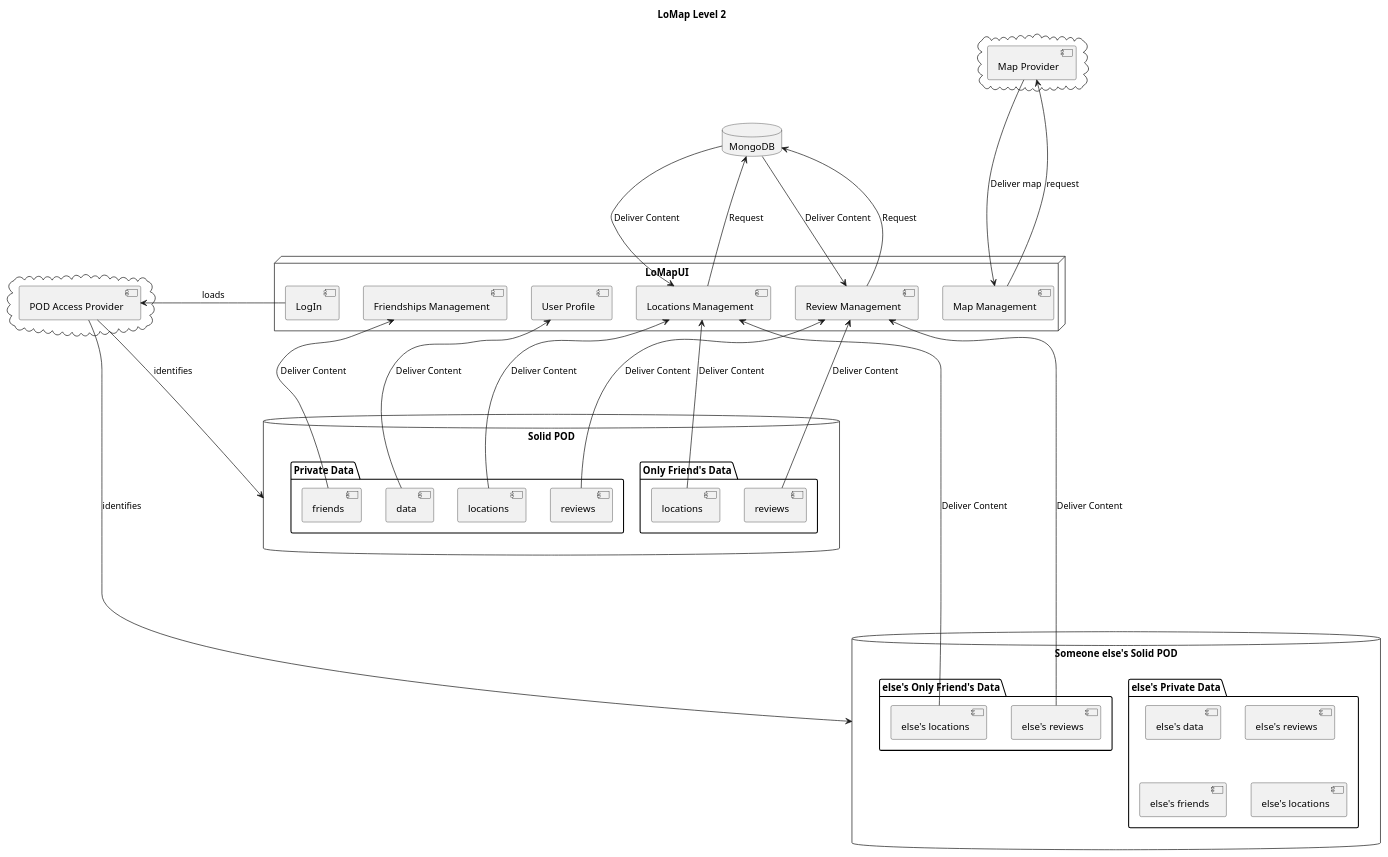
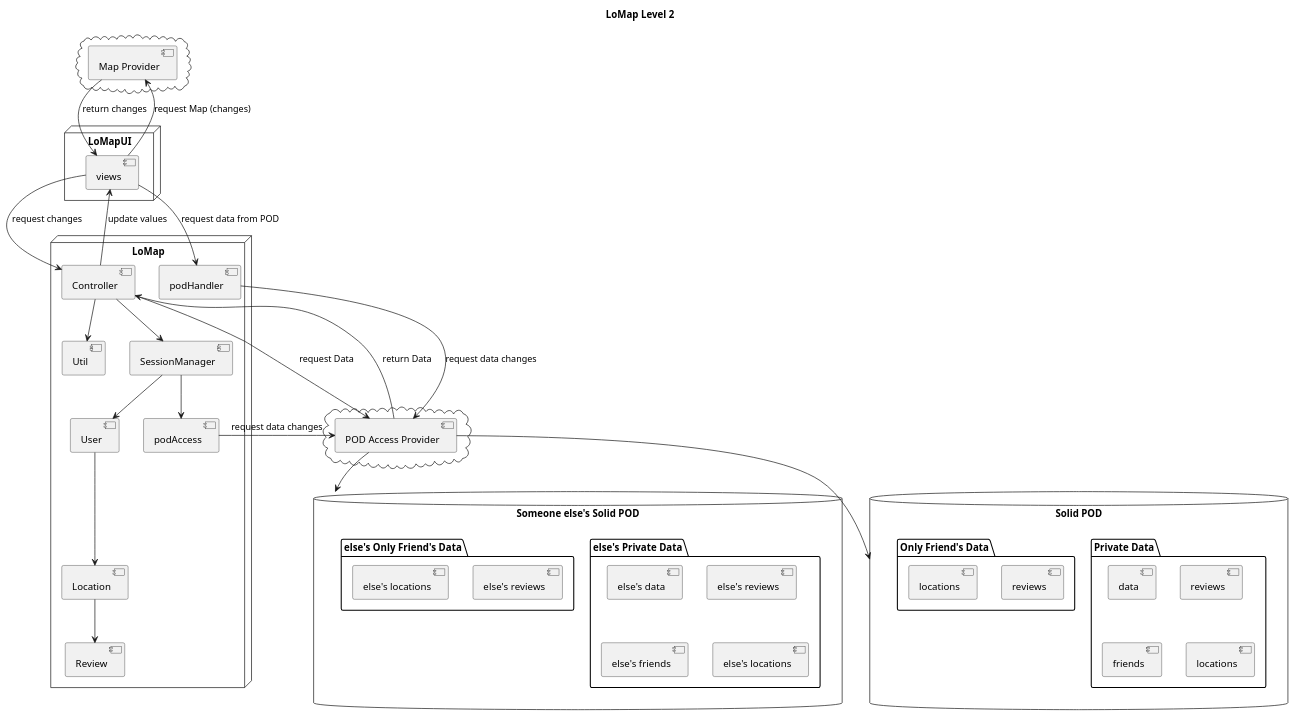
One commit to Arquisoft/lomap_en3b changed the second of 2 diagrams in docs/05_building_block_view.adoc. Above: the diagram before and after it, drawn with PlantUML. The commit also changed other lines of this file and 10 other files, not shown here.

```diff
--- a/docs/05_building_block_view.adoc
+++ b/docs/05_building_block_view.adoc
@@ -117,73 +117,77 @@
 [plantuml,"Level 2 diagram",png]
 ----
 title "LoMap Level 2"
 cloud {
   [Map Provider] as MapP
 }
 
 cloud {
   [POD Access Provider] as PODAP
 }
 
 database "Someone else's Solid POD" as Pod2 {
   folder "else's Private Data" {
     [else's data] as data2
     [else's reviews] as review2
     [else's friends] as friend2
     [else's locations] as Loc2
 
   }
   folder "else's Only Friend's Data" {
     [else's reviews] as reviewF2
     [else's locations] as LocF2
 
 
   }
 }
 
 database "Solid POD" as Pod1 {
   folder "Private Data" {
     [data] as data1
     [reviews] as review1
     [friends] as friend1
     [locations] as Loc1
 
   }
   folder "Only Friend's Data" {
     [reviews] as reviewF1
     [locations] as LocF1
 
   }
 }
-database "MongoDB" as DataB{
-}
-node "LoMapUI" as LoMap {
-  [LogIn] as SI
-  [Locations Management] as LM
-  [Friendships Management] as FM
-  [Review Management] as RM
-  [Map Management] as MapM
-  [User Profile] as UP
+node "LoMapUI" as LoMapFE {
+  [views] as UI
 }
 
+node "LoMap" as LoMapBE {
+  [Controller] as crl
+  [SessionManager] as ssmng
+  [podHandler] as PODHdr
+  [podAccess] as PODAcc
+  [Location] as Loc
+  [Review] as Rev
+  [User] as U
+  [Util] as Utl
+}
 
-SI ----> PODAP: loads
-MapP -down---> MapM: Deliver map
-MapM -up---> MapP: request
-PODAP ----> Pod1: identifies
-data1 -up--> UP: Deliver Content
-review1 -up--> RM: Deliver Content
-friend1 -up--> FM: Deliver Content
-reviewF1 -up--> RM: Deliver Content
-Loc1 -up--> LM: Deliver Content
-LocF1 --> LM: Deliver Content
-    
-PODAP -----> Pod2: identifies
-reviewF2 --up---> RM: Deliver Content
-LocF2 --up---> LM: Deliver Content
+UI --> MapP : request Map (changes)
+MapP --> UI : return changes
+UI --> crl : request changes
+crl --> PODAP : request Data
+PODAP --> crl : return Data
+crl --> UI : update values
 
-DataB -down--> RM: Deliver Content
-DataB -down--> LM: Deliver Content
-RM -up--> DataB: Request 
-LM -up--> DataB: Request
+crl --> Utl
+ssmng --> PODAcc
+UI --> PODHdr : request data from POD
+PODHdr ---> PODAP : request data changes
+PODAcc ---> PODAP : request data changes
+
+PODAP --> Pod1
+PODAP --> Pod2
+
+crl --> ssmng
+ssmng --> U
+U --> Loc
+Loc --> Rev
 ----
```
